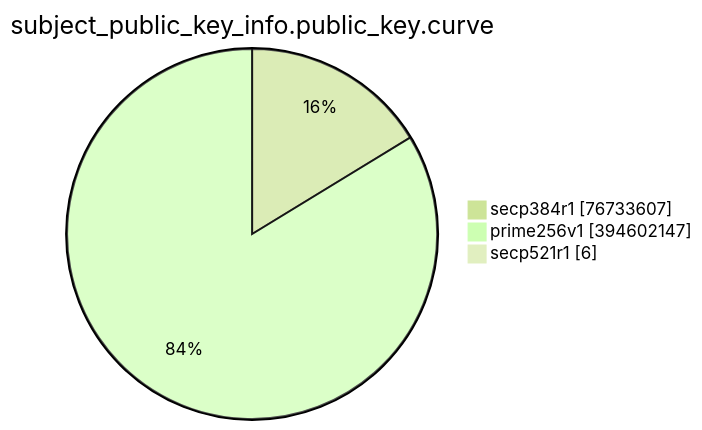
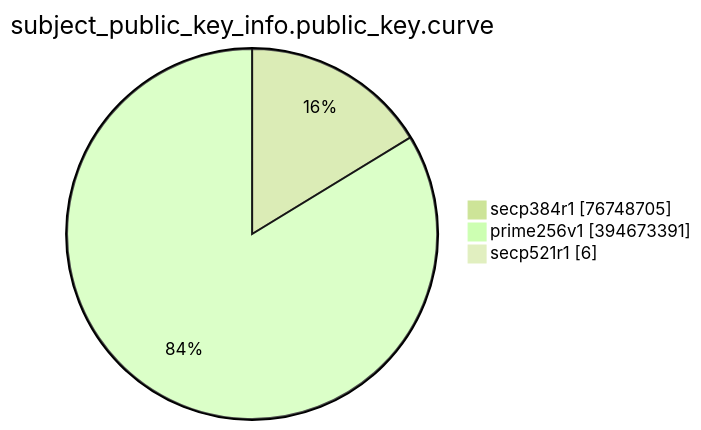
One commit to christiankrug/ctmonitor_visualization changed the eighth of 15 diagrams in TOTAL/README.md. Above: the diagram before and after it, drawn with Mermaid (forest theme). The commit also changed other lines of this file, not shown here.

````diff
--- a/TOTAL/README.md
+++ b/TOTAL/README.md
@@ -3094,7 +3094,7 @@
 ```mermaid
 pie showData
 title subject_public_key_info.public_key.curve
-"secp384r1" :76733607
-"prime256v1" :394602147
+"secp384r1" :76748705
+"prime256v1" :394673391
 "secp521r1" :6
 ```
````
